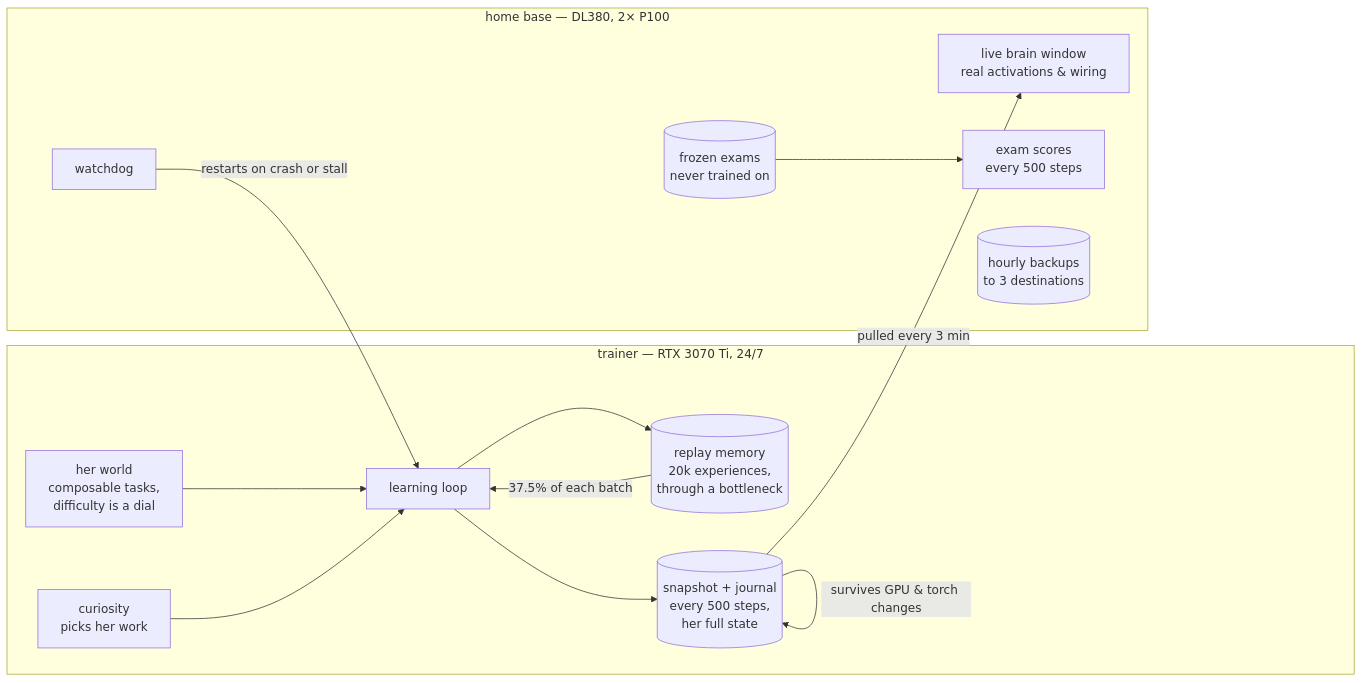
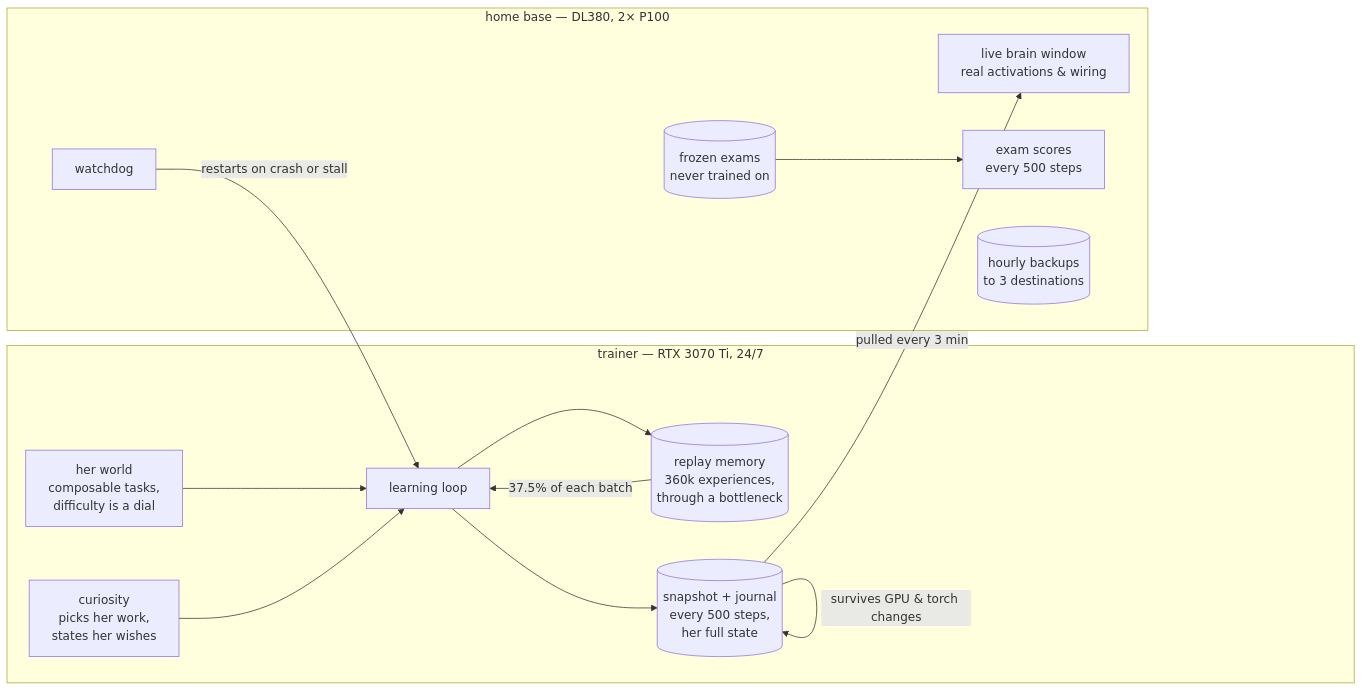
One commit to CM0411/amber changed the diagram in README.md. Above: the diagram before and after it, drawn with Mermaid. The commit also changed other lines of this file and 1 other file, not shown here.

````diff
--- a/README.md
+++ b/README.md
@@ -38,17 +61,17 @@
 ```mermaid
 flowchart LR
     subgraph trainer["trainer — RTX 3070 Ti, 24/7"]
         WORLD["her world<br/>composable tasks,<br/>difficulty is a dial"] --> LOOP["learning loop"]
-        CUR["curiosity<br/>picks her work"] --> LOOP
-        LOOP --> MEM[("replay memory<br/>20k experiences,<br/>through a bottleneck")]
+        CUR["curiosity<br/>picks her work,<br/>states her wishes"] --> LOOP
+        LOOP --> MEM[("replay memory<br/>360k experiences,<br/>through a bottleneck")]
         MEM -->|37.5% of each batch| LOOP
         LOOP --> SNAP[("snapshot + journal<br/>every 500 steps,<br/>her full state")]
     end
     subgraph base["home base — DL380, 2× P100"]
         SNAP -->|pulled every 3 min| WIN["live brain window<br/>real activations & wiring"]
         EXAM[("frozen exams<br/>never trained on")] --> SCORE["exam scores<br/>every 500 steps"]
         DOG["watchdog"] -->|restarts on crash or stall| LOOP
         BAK[("hourly backups<br/>to 3 destinations")]
     end
     SNAP -->|survives GPU & torch changes| SNAP
 ```
````
